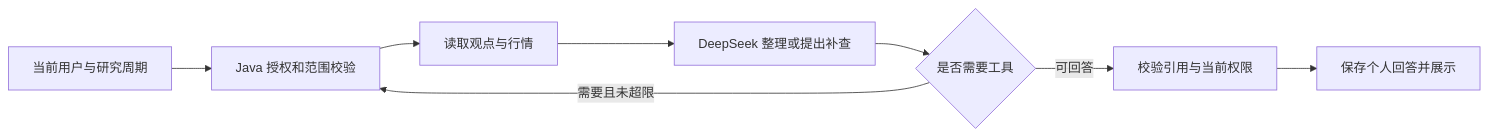
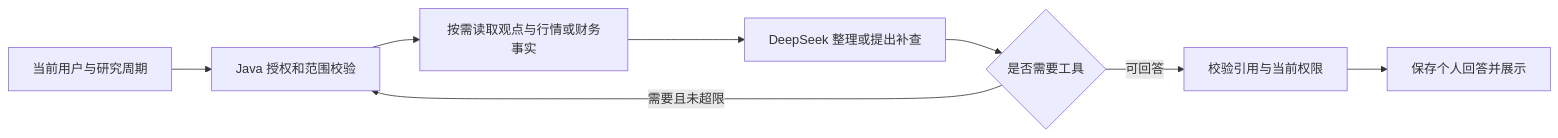
The diagram in docs/specs/004-research-agent/design.md (liu123268/stock-system), drawn with Mermaid before and after one commit. The commit also changed other lines of this file and 6 other files, not shown here.

````diff
--- a/docs/specs/004-research-agent/design.md
+++ b/docs/specs/004-research-agent/design.md
@@ -11,10 +11,10 @@
 ```mermaid
 flowchart LR
     A[当前用户与研究周期] --> B[Java 授权和范围校验]
-    B --> C[读取观点与行情]
+    B --> C[按需读取观点与行情或财务事实]
     C --> D[DeepSeek 整理或提出补查]
     D --> E{是否需要工具}
     E -->|需要且未超限| B
     E -->|可回答| F[校验引用与当前权限]
     F --> G[保存个人回答并展示]
 ```
````
